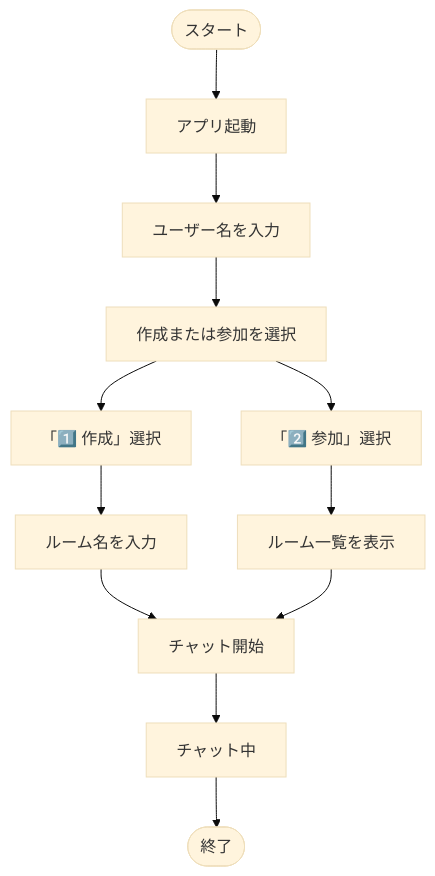
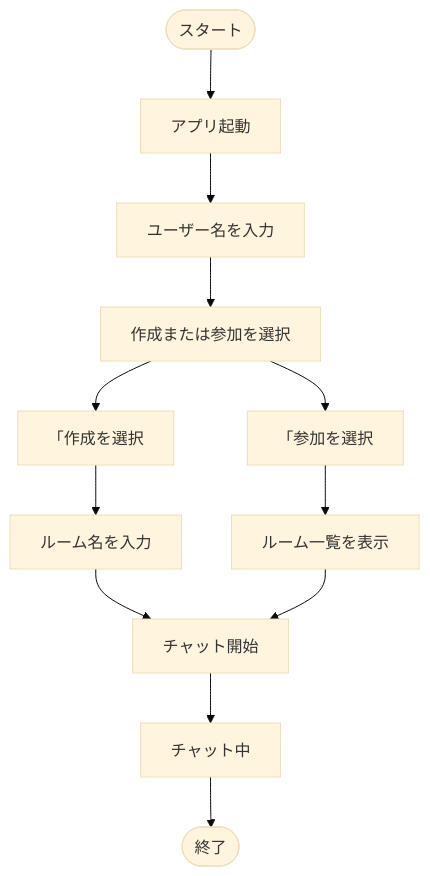
Before and after one commit to BackendExplorer/Tenshin: the first of 3 diagrams in README.md, drawn with Mermaid (base theme).

````diff
--- a/README.md
+++ b/README.md
@@ -1,25 +1,25 @@
 ```mermaid
 flowchart TD
     Start([スタート])
     起動[アプリ起動]
     入力[ユーザー名を入力]
     選択[作成または参加を選択]
 
-    作成1[「1️⃣ 作成」選択]
+    作成1[「作成を選択]
     ルーム名入力[ルーム名を入力]
 
-    参加2[「2️⃣ 参加」選択]
+    参加2[「参加を選択]
     ルーム一覧[ルーム一覧を表示]
 
     チャット開始[チャット開始]
     チャット中[チャット中]
     End([終了])
 
     Start --> 起動 --> 入力 --> 選択
 
     選択 --> 作成1 --> ルーム名入力 --> チャット開始
     選択 --> 参加2 --> ルーム一覧 --> チャット開始
 
     チャット開始 --> チャット中 --> End
 
 ```
````
